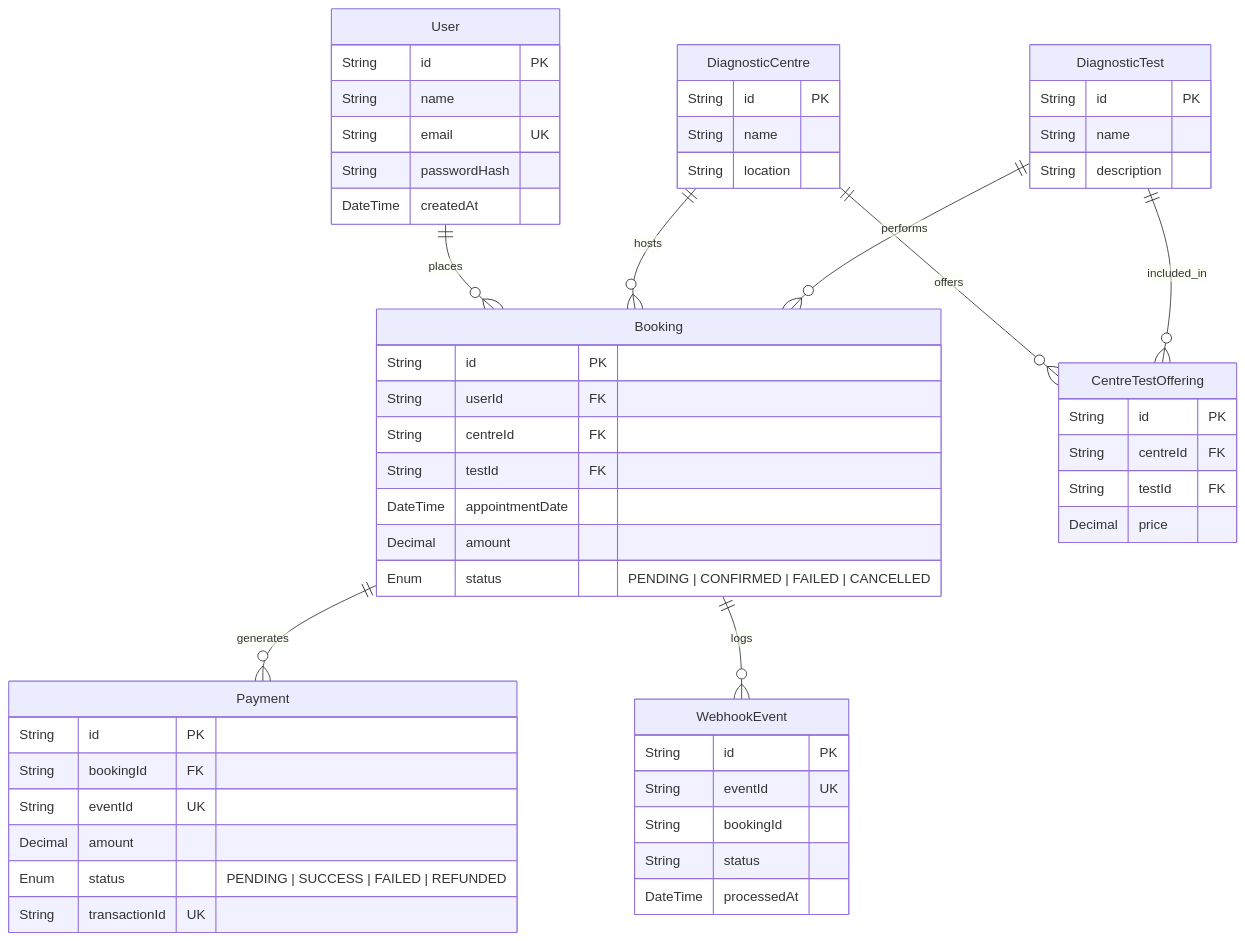
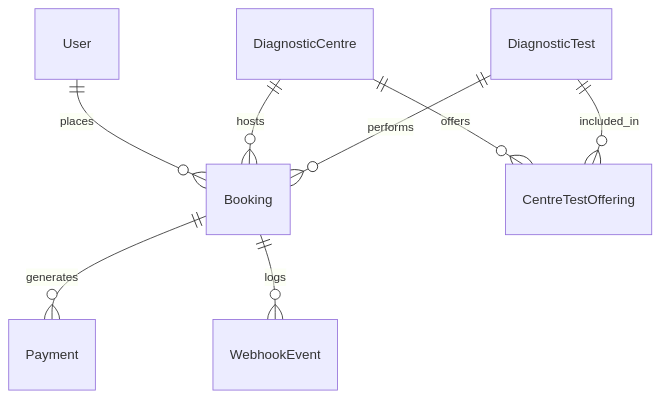
The diagram in README.md (manishcodess/EveHealthcare), drawn with Mermaid before and after one commit. The commit also changed other lines of this file and 7 other files, not shown here.

````diff
--- a/README.md
+++ b/README.md
@@ -255,64 +76,10 @@
 ```mermaid
 erDiagram
     User ||--o{ Booking : places
     DiagnosticCentre ||--o{ CentreTestOffering : offers
     DiagnosticTest ||--o{ CentreTestOffering : included_in
     DiagnosticCentre ||--o{ Booking : hosts
     DiagnosticTest ||--o{ Booking : performs
     Booking ||--o{ Payment : generates
     Booking ||--o{ WebhookEvent : logs
-
-    User {
-        String id PK
-        String name
-        String email UK
-        String passwordHash
-        DateTime createdAt
-    }
-
-    DiagnosticCentre {
-        String id PK
-        String name
-        String location
-    }
-
-    DiagnosticTest {
-        String id PK
-        String name
-        String description
-    }
-
-    CentreTestOffering {
-        String id PK
-        String centreId FK
-        String testId FK
-        Decimal price
-    }
-
-    Booking {
-        String id PK
-        String userId FK
-        String centreId FK
-        String testId FK
-        DateTime appointmentDate
-        Decimal amount
-        Enum status "PENDING | CONFIRMED | FAILED | CANCELLED"
-    }
-
-    Payment {
-        String id PK
-        String bookingId FK
-        String eventId UK
-        Decimal amount
-        Enum status "PENDING | SUCCESS | FAILED | REFUNDED"
-        String transactionId UK
-    }
-
-    WebhookEvent {
-        String id PK
-        String eventId UK
-        String bookingId
-        String status
-        DateTime processedAt
-    }
 ```
````
